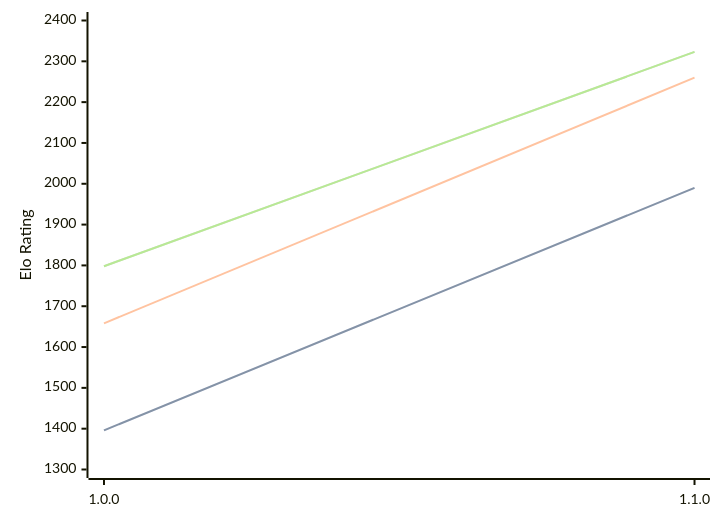
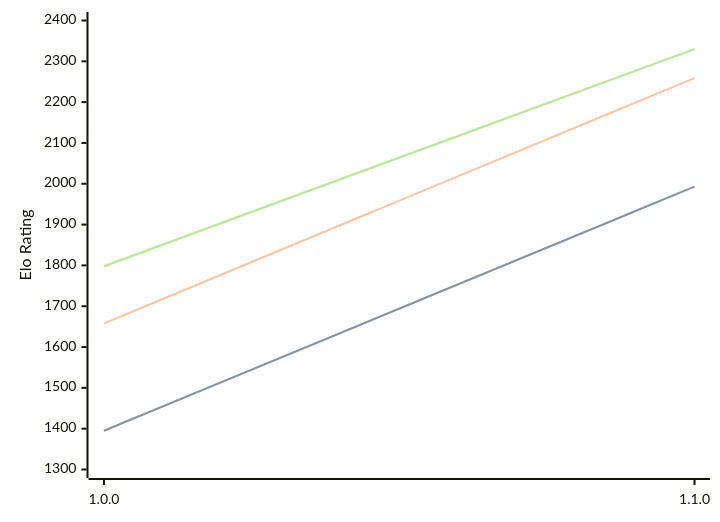
One commit to computer-chess-index/cci changed the diagram in engines/Akerbeltz.md. Above: the diagram before and after it, drawn with Mermaid. The commit also changed other lines of this file, not shown here.

Commit message:
Update CCI Ratings (ELO VLTC) - 2026-05-14

````diff
--- a/engines/Akerbeltz.md
+++ b/engines/Akerbeltz.md
@@ -32,11 +32,11 @@
 ```mermaid
 %%{init: {"theme":"base","themeVariables":{"seriesColors:['#a3a3a3','#222221','#faa371']}}}%%
 xychart-beta
   x-axis ["1.0.0", "1.1.0"]
   y-axis "Elo Rating" 1300 --> 2400
-  line "STC (8.0+0.08s)" [1396, 1990]
-  line "STC (8.0+0.08s)" [1396, 1990]
-  line "LTC (60.0+0.60s)" [1658, 2260]
-  line "VLTC (2m24s+1.12s)" [1798, 2323]
-  line "VLTC (2m24s+1.12s)" [1798, 2323]
+  line "STC (8.0+0.08s)" [1395, 1993]
+  line "STC (8.0+0.08s)" [1395, 1993]
+  line "LTC (60.0+0.60s)" [1658, 2259]
+  line "VLTC (2m24s+1.12s)" [1798, 2330]
+  line "VLTC (2m24s+1.12s)" [1798, 2330]
 ```
````
